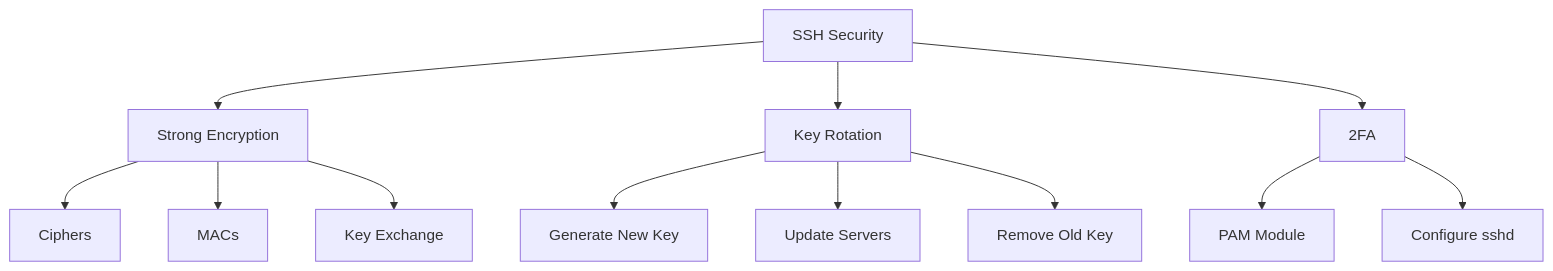
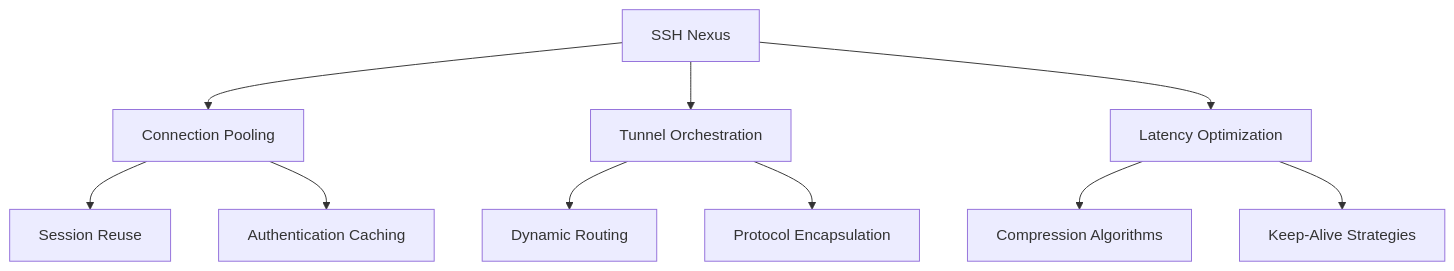
The first of 5 diagrams in mastering-ssh-part-one/4 - Advanced SSH Techniques.md (cipherbite/mastering-linux), drawn with Mermaid before and after one commit. The commit also changed other lines of this file, not shown here.

Commit message:
Update 4 - Advanced SSH Techniques.md

````diff
--- a/mastering-ssh-part-one/4 - Advanced SSH Techniques.md
+++ b/mastering-ssh-part-one/4 - Advanced SSH Techniques.md
@@ -68,14 +59,12 @@
 ```mermaid
 graph TD
-    A[SSH Security] --> B[Strong Encryption]
-    A --> C[Key Rotation]
-    A --> D[2FA]
-    B --> E[Ciphers]
-    B --> F[MACs]
-    B --> G[Key Exchange]
-    C --> H[Generate New Key]
-    C --> I[Update Servers]
-    C --> J[Remove Old Key]
-    D --> K[PAM Module]
-    D --> L[Configure sshd]
+    A[SSH Nexus] --> B[Connection Pooling]
+    A --> C[Tunnel Orchestration]
+    A --> D[Latency Optimization]
+    B --> E[Session Reuse]
+    B --> F[Authentication Caching]
+    C --> G[Dynamic Routing]
+    C --> H[Protocol Encapsulation]
+    D --> I[Compression Algorithms]
+    D --> J[Keep-Alive Strategies]
 ```
````
